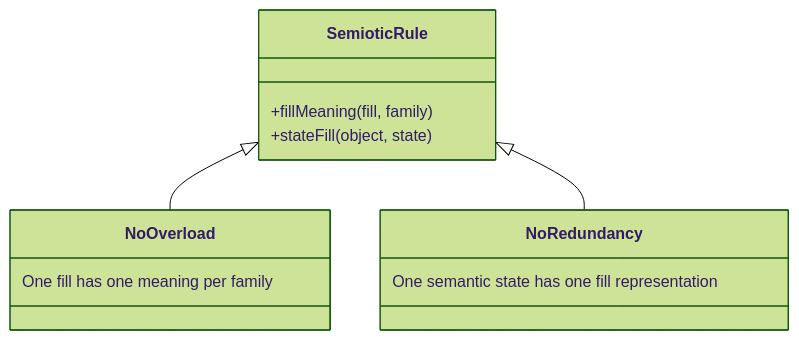
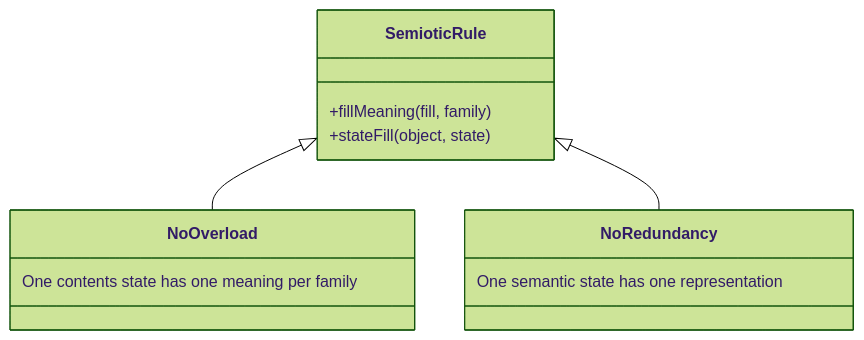
Before and after one commit to pure-algebra/lean4-effect4: the third of 5 diagrams in docs/research/2026-10-13-tube-language/fills.md, drawn with Mermaid (forest theme). The commit also changed other lines of this file, not shown here.

Commit message:
research: Gemini's fill review, round three (each object's states mapped to a figure, a contents state and the change that enters it, against the motion plan)

````diff
--- a/docs/research/2026-10-13-tube-language/fills.md
+++ b/docs/research/2026-10-13-tube-language/fills.md
@@ -184,15 +255,15 @@
 ```mermaid
 classDiagram
   class SemioticRule {
     +fillMeaning(fill, family)
     +stateFill(object, state)
   }
   class NoOverload {
-    One fill has one meaning per family
+    One contents state has one meaning per family
   }
   class NoRedundancy {
-    One semantic state has one fill representation
+    One semantic state has one representation
   }
   SemioticRule <|-- NoOverload
   SemioticRule <|-- NoRedundancy
 ```
````
